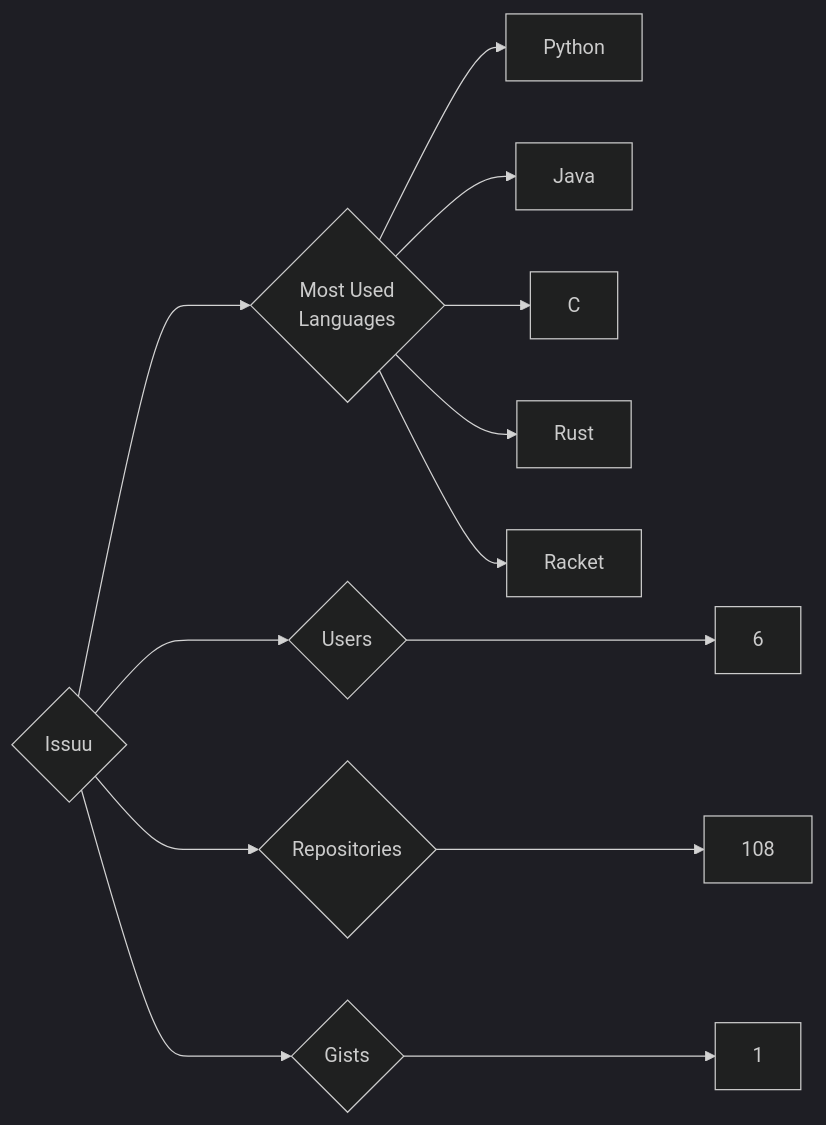
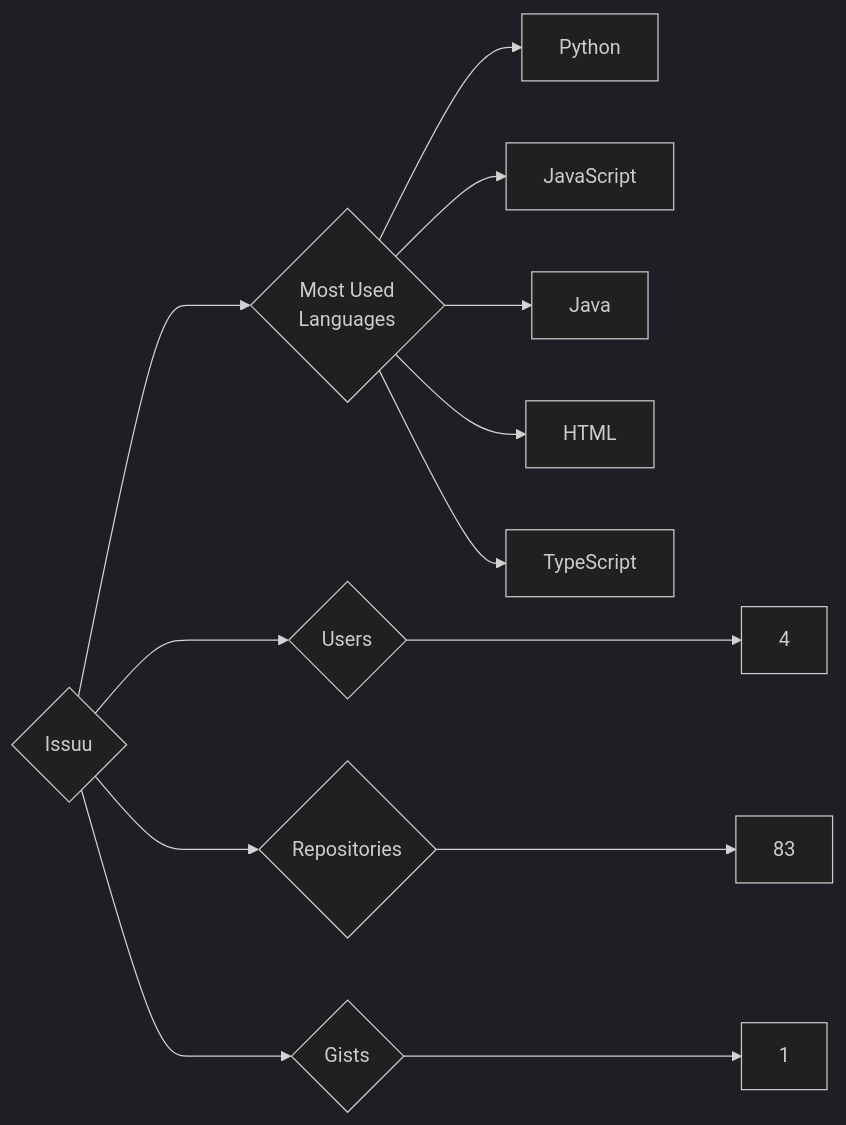
One commit to trickest/insiders changed the diagram in targets/Issuu/README.md. Above: the diagram before and after it, drawn with Mermaid (dark theme). The commit also changed 860 other files, not shown here.

````diff
--- a/targets/Issuu/README.md
+++ b/targets/Issuu/README.md
@@ -3,13 +3,13 @@
 ```mermaid
 graph LR
 COMPANY_NAME{Issuu}
-COMPANY_NAME ---> U{Users} ---> UN[6]
-COMPANY_NAME ---> R{Repositories} ---> RN[108]
+COMPANY_NAME ---> U{Users} ---> UN[4]
+COMPANY_NAME ---> R{Repositories} ---> RN[83]
 COMPANY_NAME ---> G{Gists} ---> GN[1]
 COMPANY_NAME ---> ML{Most Used<br>Languages}
 ML --> Python[Python]
+ML --> JavaScript[JavaScript]
 ML --> Java[Java]
-ML --> C[C]
-ML --> Rust[Rust]
-ML --> Racket[Racket]
+ML --> HTML[HTML]
+ML --> TypeScript[TypeScript]
 ```
````
